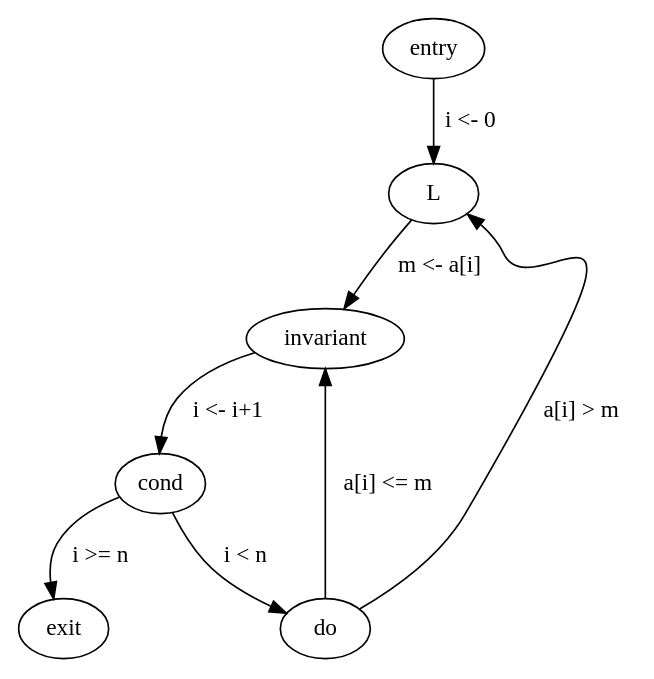
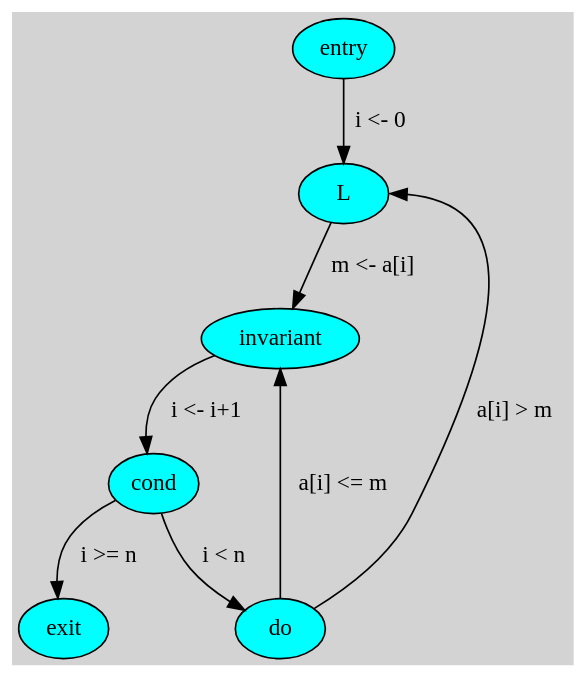
Before and after one commit to AdaCore/why3: the diagram in doc/images/max_array.dot, drawn with Graphviz. The commit also changed 2 other files, not shown here.

```diff
--- a/doc/images/max_array.dot
+++ b/doc/images/max_array.dot
@@ -1,14 +1,18 @@
 digraph G {
-	graph [nodesep=0.5,
-		rankdir=TB,
-		ranksep=0.5
-	];
-	node [margin=0.05,shape=ellipse];
-	"entry" -> "L"        [label=" i <- 0" ];
+	graph [bgcolor=lightgray; rankdir="TB"];
+	node [margin=0.05,shape=ellipse,style=filled,fillcolor="cyan"];
+	"entry"     [pos="2,3!"];
+	"L"         [pos="2,2!"];
+	"invariant" [pos="2,1!"];
+	"cond"      [pos="2,0!"];
+        "do"        [pos="0,1!"];
+        "exit"      [pos="4,0!"];
+
+        "entry" -> "L"        [label=" i <- 0"];
 	"L" -> "invariant"    [label=" m <- a[i]"];
 	"invariant" -> "cond" [label=" i <- i+1"];
+        "cond" -> "exit"      [label=" i >= n"];
 	"cond" -> "do"        [label=" i < n"];
-        "do" -> "L"           [label=" a[i] > m"];
+        "do" -> "L"           [label=" a[i] > m"; headport=e];
         "do" -> "invariant"   [label=" a[i] <= m"];
-        "cond" -> "exit"      [label=" i >= n"];
 }
```
